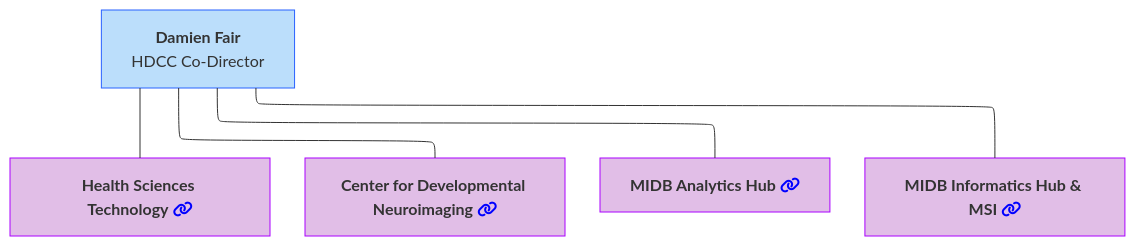
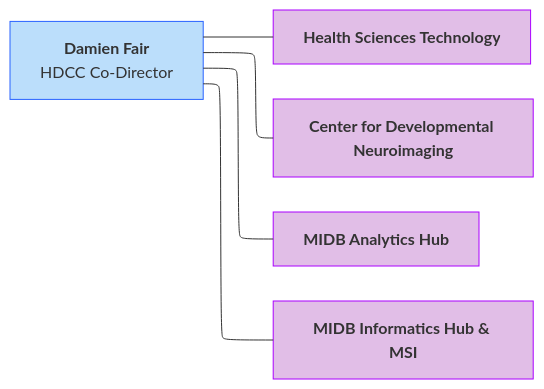
The second of 12 diagrams in docs/orgcharts.md (DCAN-Labs/hbcd-docs-internal), drawn with Mermaid before and after one commit.

Commit message:
mermaid chart restyle

````diff
--- a/docs/orgcharts.md
+++ b/docs/orgcharts.md
@@ -98,21 +98,21 @@
 ```mermaid
 ---
 config:
   layout: elk
 ---
-flowchart TB
+flowchart LR
     A["<b>Damien Fair</b><br>HDCC Co-Director"] 
-    A --- B["<b>Health Sciences Technology</b> <i class="fa-solid fa-link" style="color: blue;"></i>"]
-    A --- C["<b>Center for Developmental Neuroimaging</b> <i class="fa-solid fa-link" style="color: blue;"></i>"]
-    A --- D["<b>MIDB Analytics Hub</b> <i class="fa-solid fa-link" style="color: blue;"></i>"]
-    A --- E["<b>MIDB Informatics Hub &amp; MSI</b> <i class="fa-solid fa-link" style="color: blue;"></i>"]
+    A --- B["<b>Health Sciences Technology</b>"]
+    A --- C["<b>Center for Developmental Neuroimaging</b>"]
+    A --- D["<b>MIDB Analytics Hub</b>"]
+    A --- E["<b>MIDB Informatics Hub &amp; MSI</b>"]
     style A fill:#BBDEFB,stroke:#2962FF
     style B fill:#E1BEE7,stroke:#AA00FF
     style C fill:#E1BEE7,stroke:#AA00FF
     style D fill:#E1BEE7,stroke:#AA00FF
     style E fill:#E1BEE7,stroke:#AA00FF
     click B "#health-sciences-technology"
     click C "#center-for-developmental-neuroimaging"
     click D "#midb-analytics-hub"
     click E "#midb-informatics-hub-msi"
 ```
````
